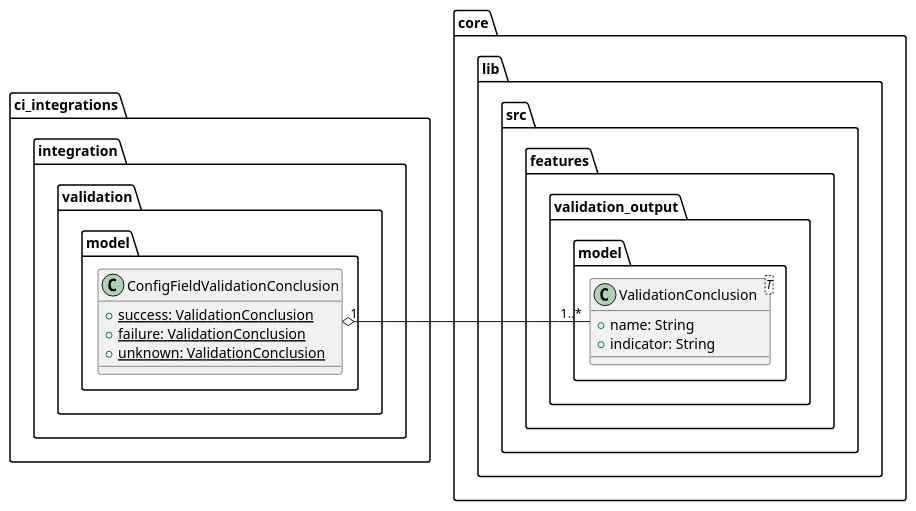
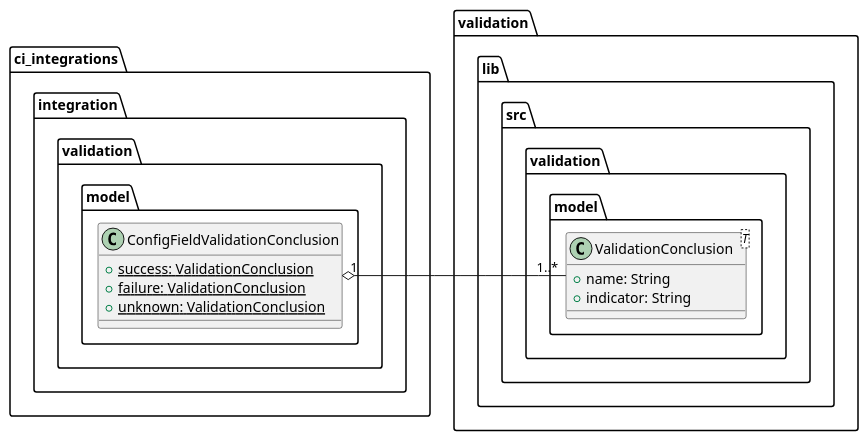
The diagram in metrics/cli/docs/features/doctor_output_improvements/diagrams/config_validation_conclusion_class_diagram.puml (Flank/flank-dashboard), drawn with PlantUML before and after one commit. The commit also changed 7 other files, not shown here.

Commit message:
Remove validation from metrics core

```diff
--- a/metrics/cli/docs/features/doctor_output_improvements/diagrams/config_validation_conclusion_class_diagram.puml
+++ b/metrics/cli/docs/features/doctor_output_improvements/diagrams/config_validation_conclusion_class_diagram.puml
@@ -1,20 +1,20 @@
 @startuml ci_integrations_validator_class_diagram
 
-package core.lib.src.features.validation_output.model {
+package validation.lib.src.validation.model {
     class ValidationConclusion<T> {
         + name: String
         + indicator: String
     }
 }
 
 package ci_integrations.integration.validation.model {
     class ConfigFieldValidationConclusion {
         + {static} success: ValidationConclusion
         + {static} failure: ValidationConclusion
         + {static} unknown: ValidationConclusion
     }
 }
 
 ValidationConclusion "1..*" -left-o "1" ConfigFieldValidationConclusion
 
 @enduml
```
